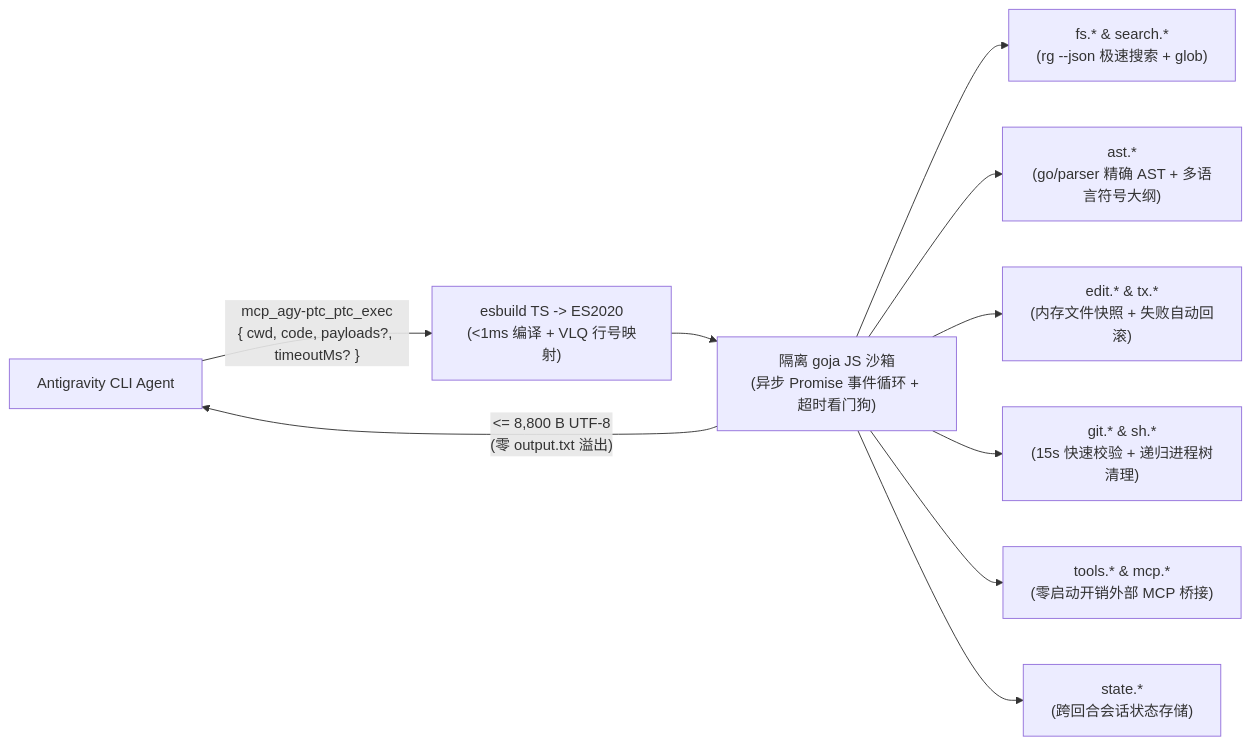
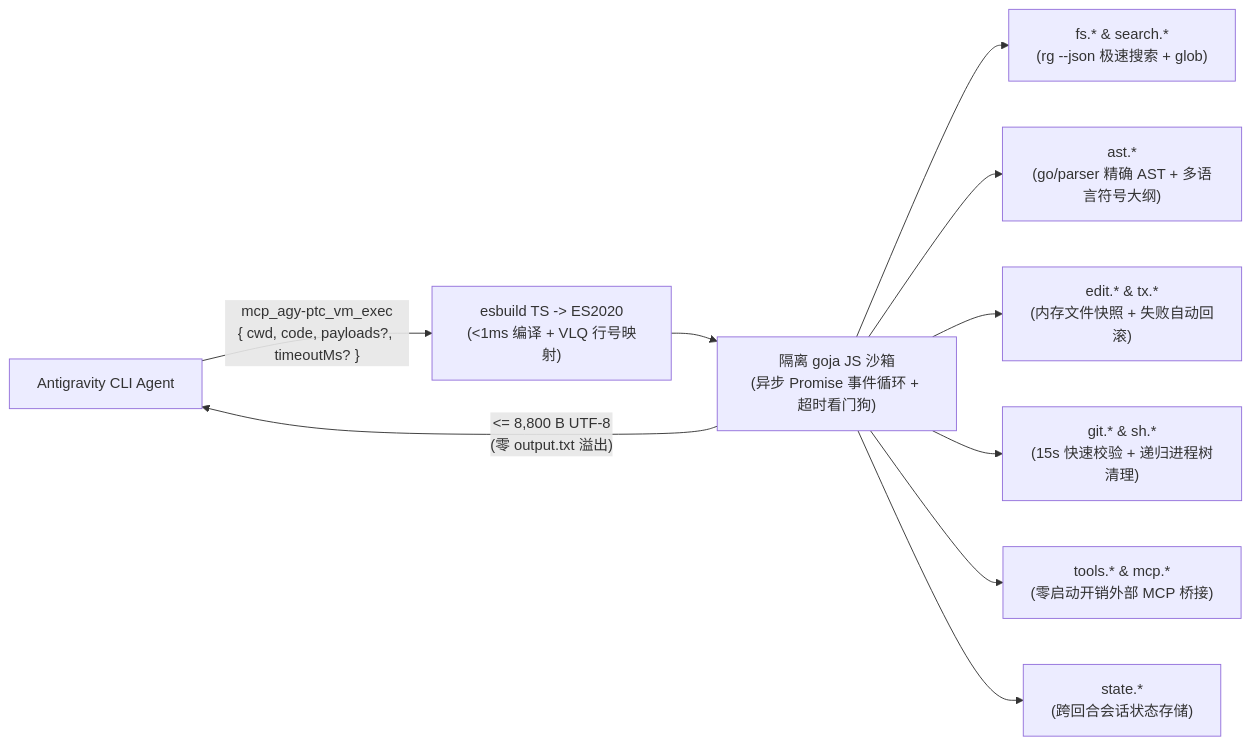
The diagram in README_ZH.md (Aliothmoon/agy-ptc), drawn with Mermaid before and after one commit. The commit also changed other lines of this file and 9 other files, not shown here.

Commit message:
refactor: rename MCP server key from ptc to vm (mcp_agy-ptc_vm_exec)

````diff
--- a/README_ZH.md
+++ b/README_ZH.md
@@ -32,12 +32,12 @@
 ```mermaid
 flowchart LR
-    Agent["Antigravity CLI Agent"] -->|"mcp_agy-ptc_ptc_exec\n{ cwd, code, payloads?, timeoutMs? }"| Compiler["esbuild TS -> ES2020\n(<1ms 编译 + VLQ 行号映射)"]
+    Agent["Antigravity CLI Agent"] -->|"mcp_agy-ptc_vm_exec\n{ cwd, code, payloads?, timeoutMs? }"| Compiler["esbuild TS -> ES2020\n(<1ms 编译 + VLQ 行号映射)"]
     Compiler --> VM["隔离 goja JS 沙箱\n(异步 Promise 事件循环 + 超时看门狗)"]
     VM --> FS["fs.* & search.*\n(rg --json 极速搜索 + glob)"]
     VM --> AST["ast.*\n(go/parser 精确 AST + 多语言符号大纲)"]
     VM --> TX["edit.* & tx.*\n(内存文件快照 + 失败自动回滚)"]
     VM --> SH["git.* & sh.*\n(15s 快速校验 + 递归进程树清理)"]
     VM --> MCP["tools.* & mcp.*\n(零启动开销外部 MCP 桥接)"]
     VM --> ST["state.*\n(跨回合会话状态存储)"]
     VM -->|"<= 8,800 B UTF-8\n(零 output.txt 溢出)"| Agent
 ```
````
